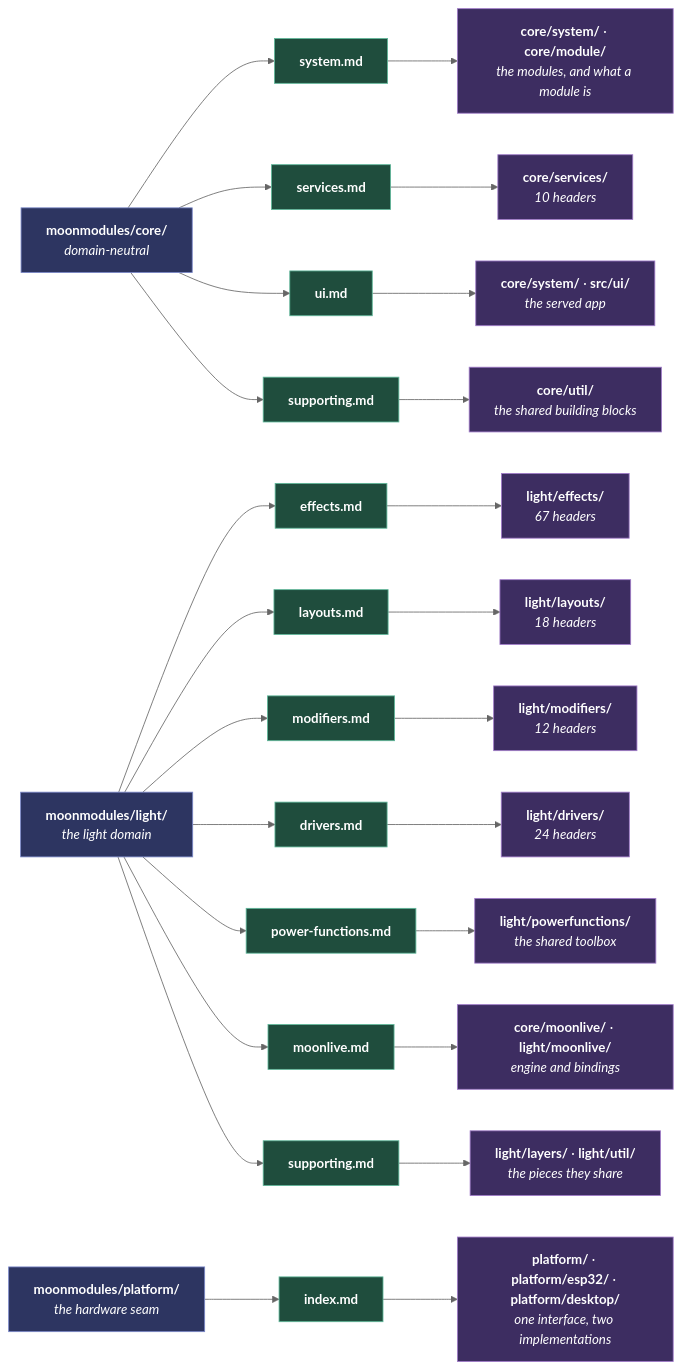
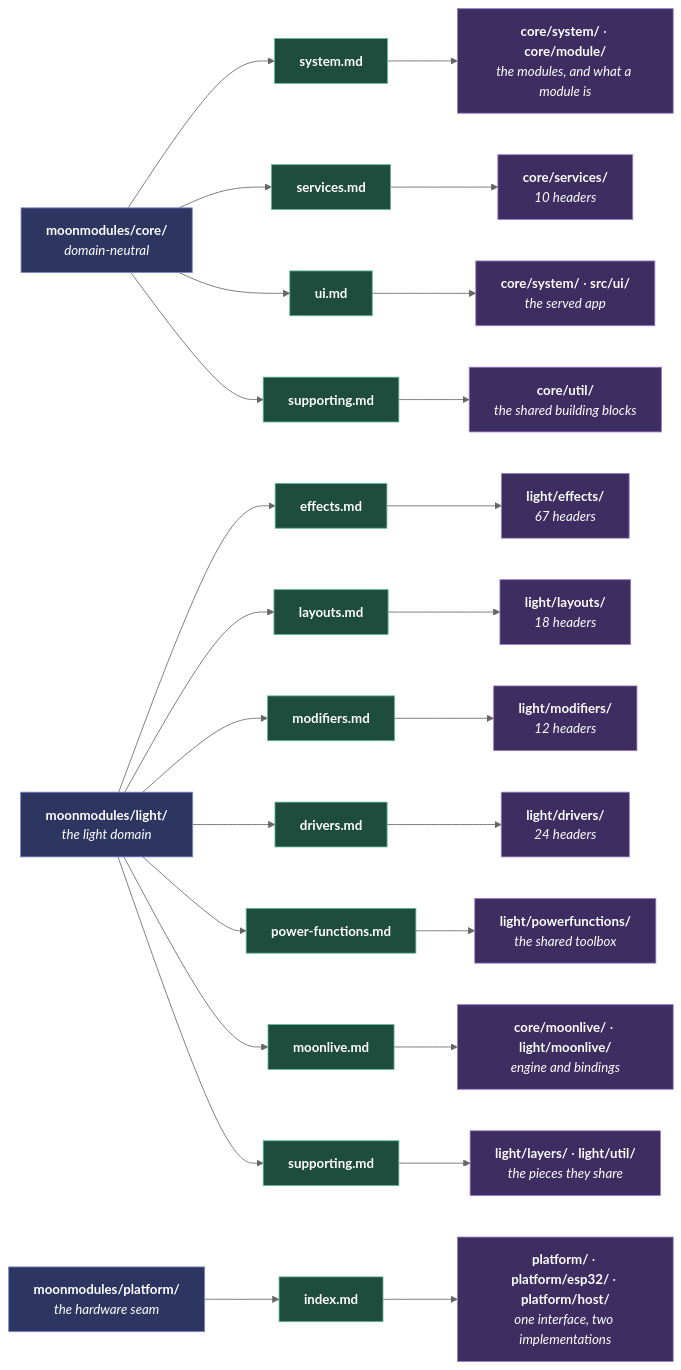
The second of 2 diagrams in docs/contributing/documentation-standards.md (MoonModules/MoonLight), drawn with Mermaid (neutral theme) before and after one commit. The commit also changed 96 other files, not shown here.

````diff
--- a/docs/contributing/documentation-standards.md
+++ b/docs/contributing/documentation-standards.md
@@ -49,60 +49,60 @@
 ```mermaid
 flowchart LR
     core["<b>moonmodules/core/</b><br/><i>domain-neutral</i>"]
     light["<b>moonmodules/light/</b><br/><i>the light domain</i>"]
     plat["<b>moonmodules/platform/</b><br/><i>the hardware seam</i>"]
 
     csys["<b>system.md</b>"]
     csvc["<b>services.md</b>"]
     cui["<b>ui.md</b>"]
     csup["<b>supporting.md</b>"]
 
     leff["<b>effects.md</b>"]
     llay["<b>layouts.md</b>"]
     lmod["<b>modifiers.md</b>"]
     ldrv["<b>drivers.md</b>"]
     lpf["<b>power-functions.md</b>"]
     lml["<b>moonlive.md</b>"]
     lsup["<b>supporting.md</b>"]
 
     pidx["<b>index.md</b>"]
 
     hsys["<b>core/system/</b> · <b>core/module/</b><br/><i>the modules, and what a module is</i>"]
     hsvc["<b>core/services/</b><br/><i>10 headers</i>"]
     hctl["<b>core/util/</b><br/><i>the shared building blocks</i>"]
     hui["<b>core/system/</b> · <b>src/ui/</b><br/><i>the served app</i>"]
 
     heff["<b>light/effects/</b><br/><i>67 headers</i>"]
     hlay["<b>light/layouts/</b><br/><i>18 headers</i>"]
     hmod["<b>light/modifiers/</b><br/><i>12 headers</i>"]
     hdrv["<b>light/drivers/</b><br/><i>24 headers</i>"]
     hpf["<b>light/powerfunctions/</b><br/><i>the shared toolbox</i>"]
     hml["<b>core/moonlive/</b> · <b>light/moonlive/</b><br/><i>engine and bindings</i>"]
     hlyr["<b>light/layers/</b> · <b>light/util/</b><br/><i>the pieces they share</i>"]
-    hplat["<b>platform/</b> · <b>platform/esp32/</b> · <b>platform/desktop/</b><br/><i>one interface, two implementations</i>"]
+    hplat["<b>platform/</b> · <b>platform/esp32/</b> · <b>platform/host/</b><br/><i>one interface, two implementations</i>"]
 
     core --> csys & csvc & cui & csup
     light --> leff & llay & lmod & ldrv & lpf & lml & lsup
     plat --> pidx
 
     csys --> hsys
     csvc --> hsvc
     cui --> hui
     csup --> hctl
 
     leff --> heff
     llay --> hlay
     lmod --> hmod
     ldrv --> hdrv
     lpf --> hpf
     lml --> hml
     lsup --> hlyr
     pidx --> hplat
 
     classDef domain fill:#2d3561,stroke:#7b88c9,color:#fff
     classDef page fill:#1f4d3d,stroke:#5fb89a,color:#fff
     classDef headers fill:#3d2d61,stroke:#a07bc9,color:#fff
     class core,light,plat domain
     class csys,csvc,cui,csup,leff,llay,lmod,ldrv,lpf,lml,lsup,pidx page
     class hsys,hsvc,hctl,hui,heff,hlay,hmod,hdrv,hpf,hml,hlyr,hplat headers
 ```
````
